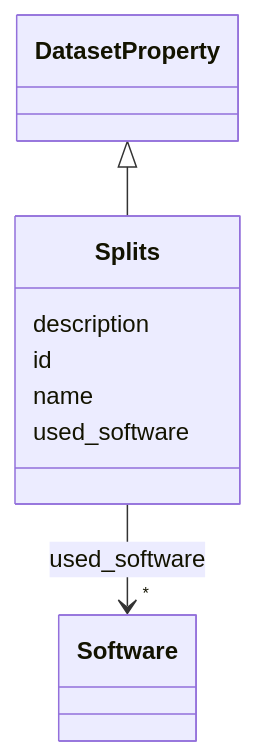
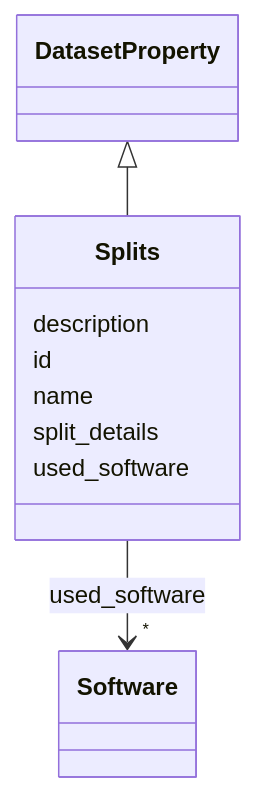
The diagram in docs/Splits.md (bridge2ai/data-sheets-schema), drawn with Mermaid before and after one commit. The commit also changed other lines of this file and 682 other files, not shown here.

````diff
--- a/docs/Splits.md
+++ b/docs/Splits.md
@@ -20,26 +20,28 @@
 ```mermaid
  classDiagram
     class Splits
     click Splits href "../Splits/"
       DatasetProperty <|-- Splits
         click DatasetProperty href "../DatasetProperty/"
       
       Splits : description
         
       Splits : id
         
       Splits : name
+        
+      Splits : split_details
         
       Splits : used_software
         
           
     
         
         
         Splits --> "*" Software : used_software
         click Software href "../Software/"
     
 
         
       
 ```
````
